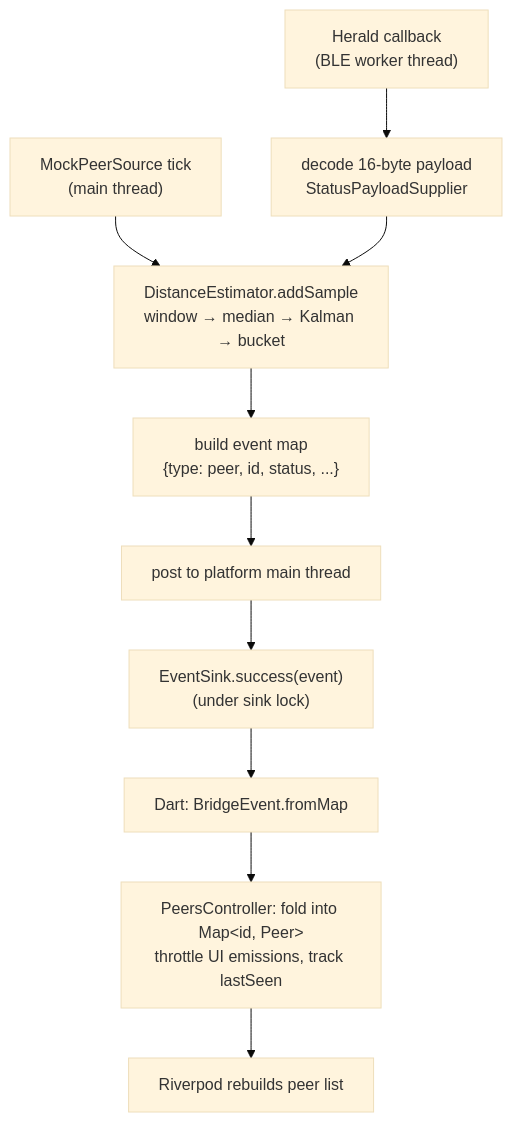
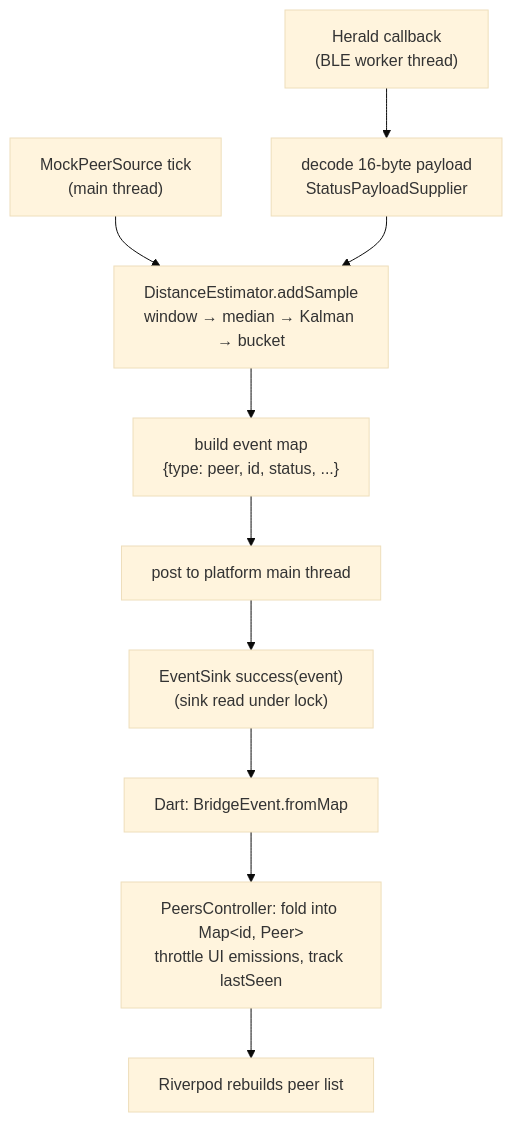
Before and after one commit to agrozdani/flutter-ble-proximity-bridge: the second of 2 diagrams in docs/architecture.md, drawn with Mermaid (base theme). The commit also changed other lines of this file and 4 other files, not shown here.

````diff
--- a/docs/architecture.md
+++ b/docs/architecture.md
@@ -76,12 +77,12 @@
 ```mermaid
 flowchart TD
     A["Herald callback<br/>(BLE worker thread)"] --> C["decode 16-byte payload<br/>StatusPayloadSupplier"]
     B["MockPeerSource tick<br/>(main thread)"] --> D
     C --> D["DistanceEstimator.addSample<br/>window → median → Kalman → bucket"]
     D --> E["build event map<br/>{type: peer, id, status, ...}"]
     E --> F["post to platform main thread"]
-    F --> G["EventSink.success(event)<br/>(under sink lock)"]
+    F --> G["EventSink success(event)<br/>(sink read under lock)"]
     G --> H["Dart: BridgeEvent.fromMap"]
     H --> I["PeersController: fold into Map&lt;id, Peer&gt;<br/>throttle UI emissions, track lastSeen"]
     I --> J["Riverpod rebuilds peer list"]
 ```
````
